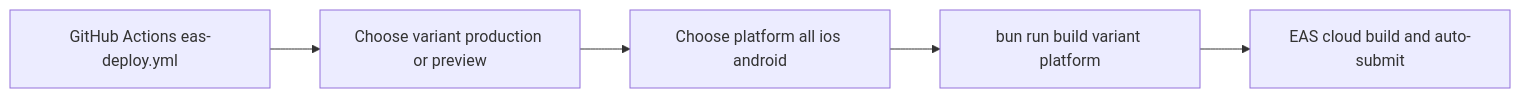
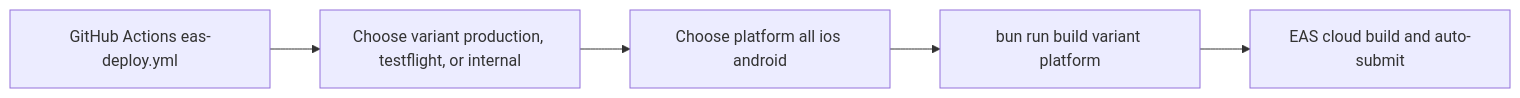
Before and after one commit to luke-h1/foam: the third of 4 diagrams in README.md, drawn with Mermaid. The commit also changed other lines of this file and 573 other files, not shown here.

````diff
--- a/README.md
+++ b/README.md
@@ -398,7 +400,7 @@
 ```mermaid
 flowchart LR
-  H[GitHub Actions eas-deploy.yml] --> C[Choose variant production or preview]
+  H[GitHub Actions eas-deploy.yml] --> C[Choose variant production, testflight, or internal]
   C --> PL[Choose platform all ios android]
   PL --> E[bun run build variant platform]
   E --> EAS[EAS cloud build and auto-submit]
 ```
````
